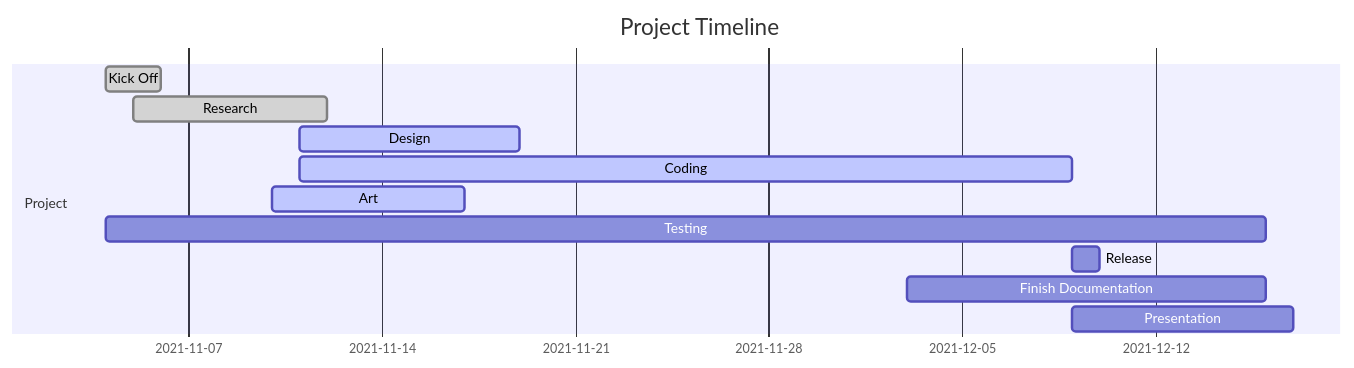
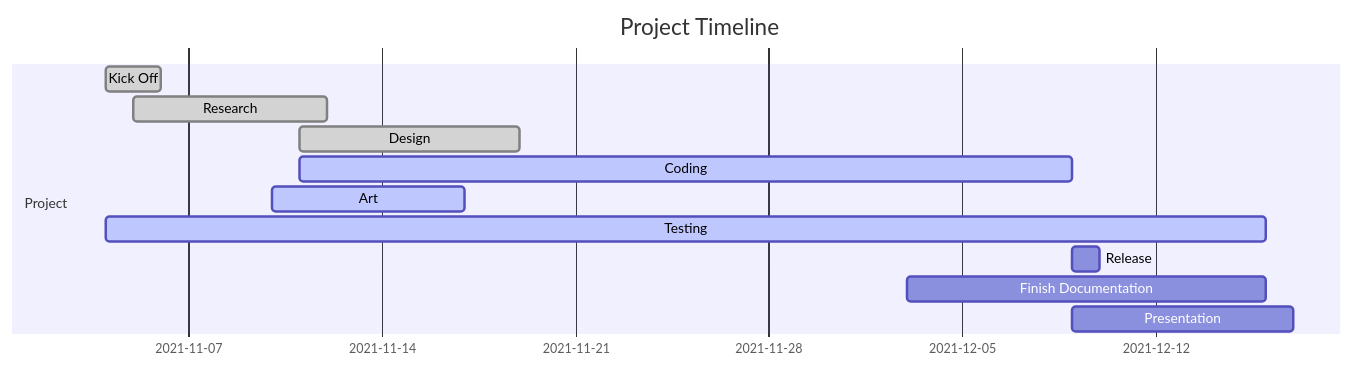
Before and after one commit to IlkkaTakala/Eril-Engine: the first of 7 diagrams in docs/ProjectPlan.md, drawn with Mermaid. The commit also changed other lines of this file, not shown here.

Commit message:
Updated timelines

````diff
--- a/docs/ProjectPlan.md
+++ b/docs/ProjectPlan.md
@@ -59,16 +58,16 @@
 ```mermaid
 gantt
 dateFormat  DD-MM
 title Project Timeline
 
 section Project
 Kick Off                :done,    des1, 04-11, 2d
 Research                :done,    des2, 05-11, 12-11
-Design                  :active,  des3, 11-11, 19-11
+Design                  :done,    des3, 11-11, 19-11
 Coding                  :active,  des4, 11-11, 09-12
 Art                     :active,  des4, 10-11, 17-11
-Testing                 :         des4, 04-11, 16-12
+Testing                 :active,  des4, 04-11, 16-12
 Release                 :         des4, 09-12, 10-12
 Finish Documentation    :         des4, 03-12, 16-12
 Presentation            :         des4, 09-12, 17-12
 ```
````
